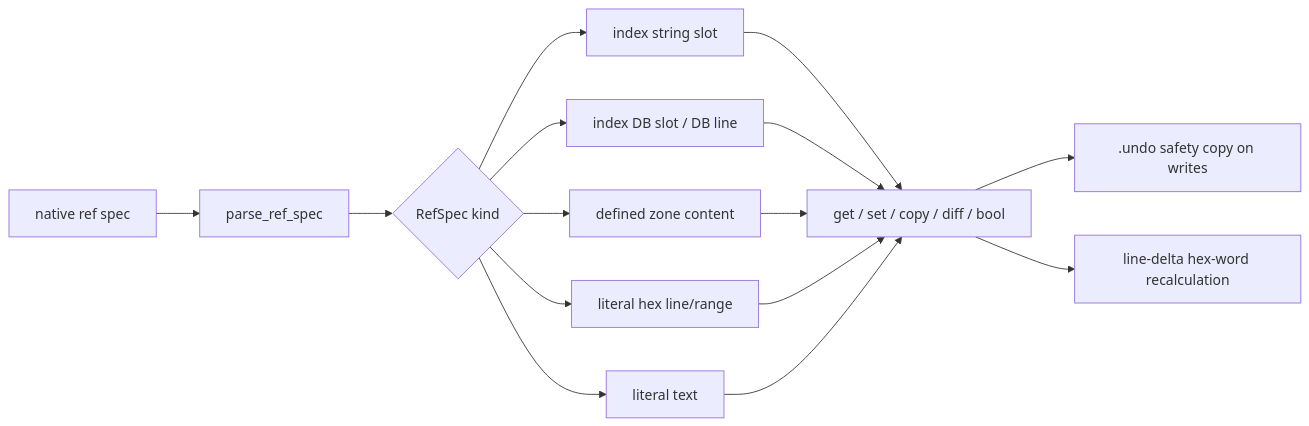
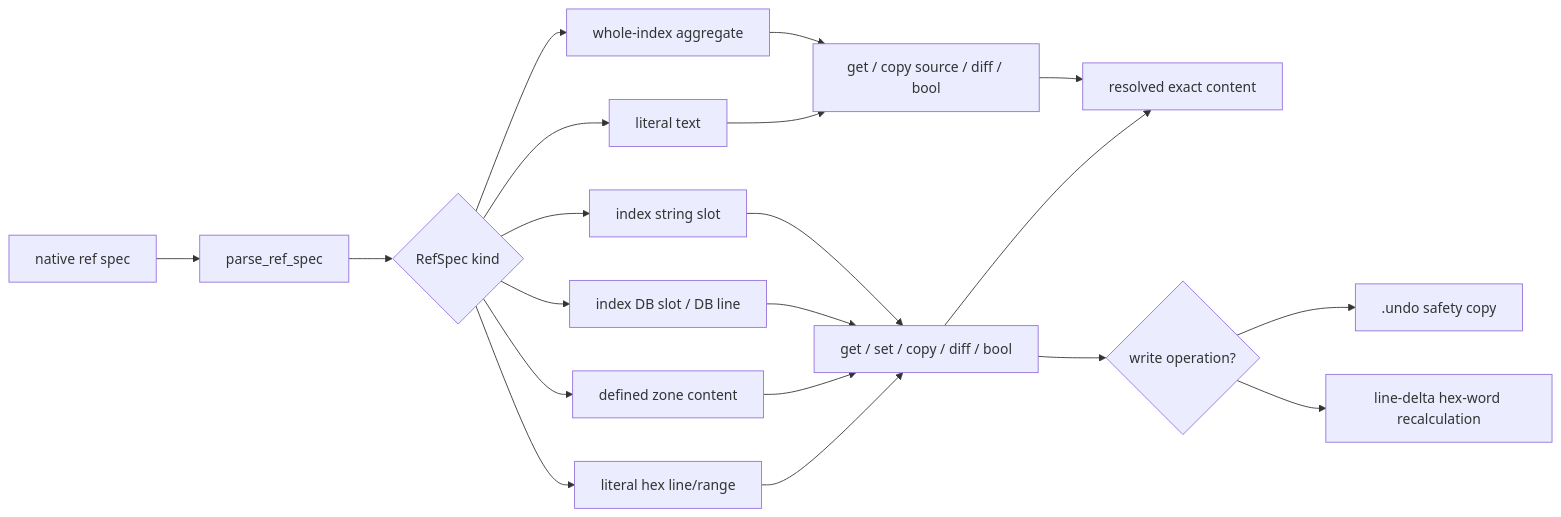
Before and after one commit to CommanderTurtle/regedited: the first of 2 diagrams in docs/ARCHITECTURE.md, drawn with Mermaid. The commit also changed other lines of this file and 1 other file, not shown here.

Commit message:
Document August audit and exact reference flows

````diff
--- a/docs/ARCHITECTURE.md
+++ b/docs/ARCHITECTURE.md
@@ -169,17 +170,22 @@
 ```mermaid
 flowchart LR
     Spec["native ref spec"] --> Parse["parse_ref_spec"]
     Parse --> Kind{"RefSpec kind"}
+    Kind --> Whole["whole-index aggregate"]
     Kind --> Str["index string slot"]
     Kind --> Db["index DB slot / DB line"]
     Kind --> Zone["defined zone content"]
     Kind --> Hex["literal hex line/range"]
     Kind --> Lit["literal text"]
+    Whole --> Read["get / copy source / diff / bool"]
+    Lit --> Read
     Str --> Ops["get / set / copy / diff / bool"]
     Db --> Ops
     Zone --> Ops
     Hex --> Ops
-    Lit --> Ops
-    Ops --> Undo[".undo safety copy on writes"]
-    Ops --> Shift["line-delta hex-word recalculation"]
+    Read --> Result["resolved exact content"]
+    Ops --> Result
+    Ops --> Write{"write operation?"}
+    Write --> Undo[".undo safety copy"]
+    Write --> Shift["line-delta hex-word recalculation"]
 ```
````
